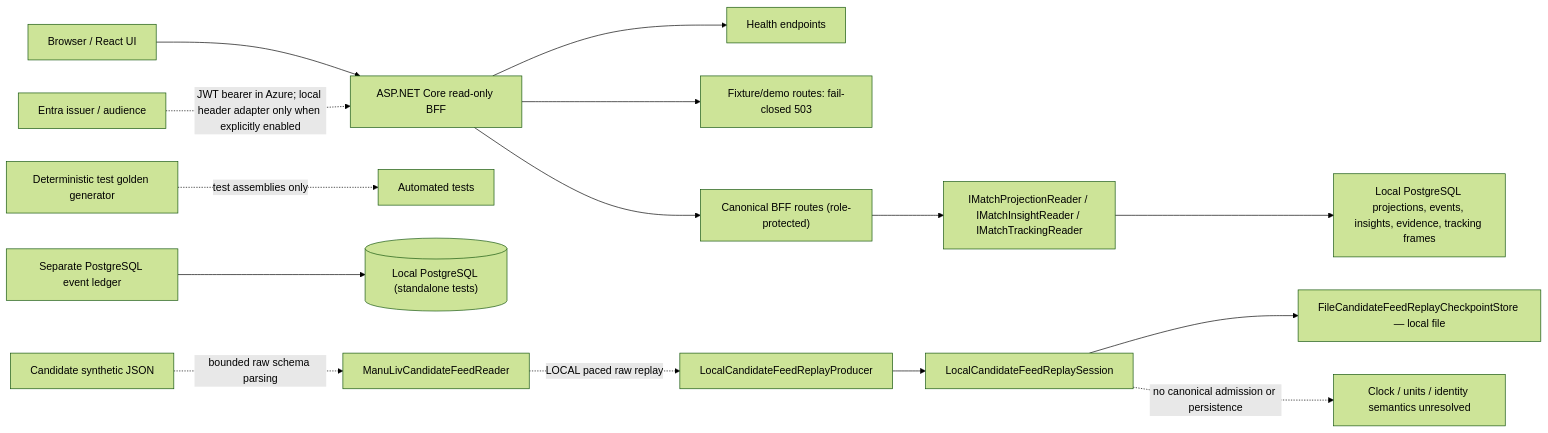
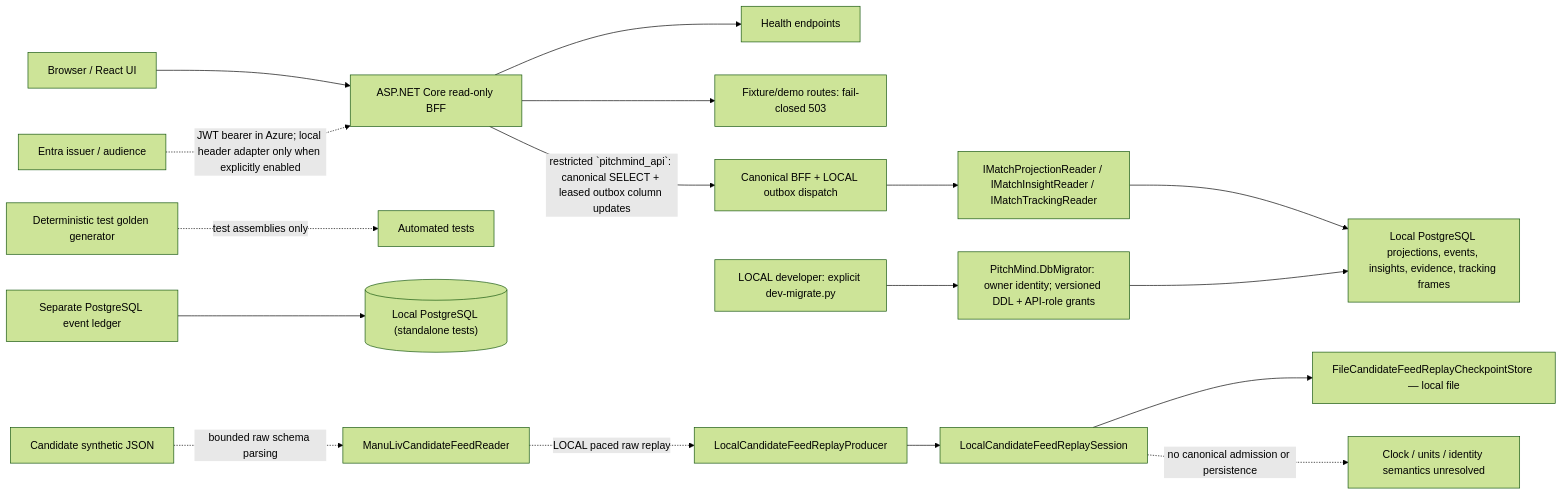
One commit to prateekgangopadhyay/PitchMind changed the first of 3 diagrams in docs/architecture/02-container.md. Above: the diagram before and after it, drawn with Mermaid (forest theme). The commit also changed other lines of this file and 15 other files, not shown here.

Commit message:
feat(ep04): add explicit local database migration role

````diff
--- a/docs/architecture/02-container.md
+++ b/docs/architecture/02-container.md
@@ -7,17 +7,18 @@
 ```mermaid
 flowchart LR
   U["Browser / React UI"] --> A["ASP.NET Core read-only BFF"]
   A --> H["Health endpoints"]
   A --> MR["Fixture/demo routes: fail-closed 503"]
-  A --> C["Canonical BFF routes (role-protected)"]
+  A -->|restricted `pitchmind_api`: canonical SELECT + leased outbox column updates| C["Canonical BFF + LOCAL outbox dispatch"]
   ID["Entra issuer / audience"] -. "JWT bearer in Azure; local header adapter only when explicitly enabled" .-> A
   C --> Q["IMatchProjectionReader / IMatchInsightReader / IMatchTrackingReader"]
   Q --> PG["Local PostgreSQL projections, events, insights, evidence, tracking frames"]
+  Operator["LOCAL developer: explicit dev-migrate.py"] --> Migrator["PitchMind.DbMigrator: owner identity; versioned DDL + API-role grants"] --> PG
   T["Deterministic test golden generator"] -. test assemblies only .-> Tests["Automated tests"]
   L["Separate PostgreSQL event ledger"] --> P[("Local PostgreSQL (standalone tests)")]
   J["Candidate synthetic JSON"] -. "bounded raw schema parsing" .-> R["ManuLivCandidateFeedReader"]
   R -. "LOCAL paced raw replay" .-> RP["LocalCandidateFeedReplayProducer"]
   RP --> Session["LocalCandidateFeedReplaySession"]
   Session --> Checkpoint["FileCandidateFeedReplayCheckpointStore — local file"]
   Session -. "no canonical admission or persistence" .-> X["Clock / units / identity semantics unresolved"]
 ```
````
